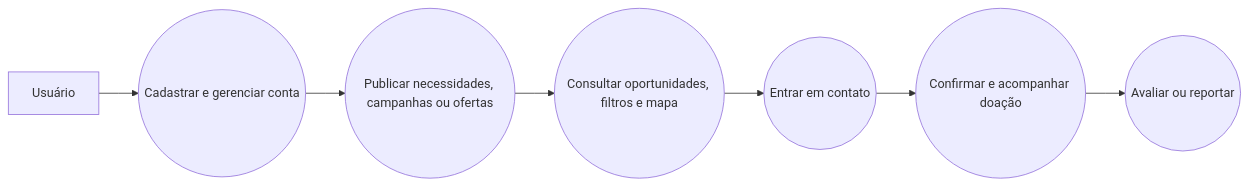
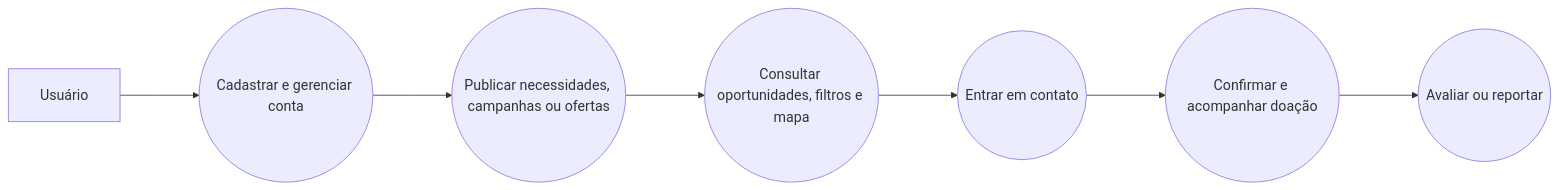
Before and after one commit to diergu/MovApplicationProject-Template: the third of 3 diagrams in docs/02-Especificação do Projeto.md, drawn with Mermaid.

Commit message:
docs: amplia o diagrama de casos de uso
Aumenta a escala para melhorar a leitura.

````diff
--- a/docs/02-Especificação do Projeto.md
+++ b/docs/02-Especificação do Projeto.md
@@ -149,10 +149,10 @@
 ```mermaid
-%%{init: {"flowchart": {"curve": "linear"}} }%%
+%%{init: {"flowchart": {"curve": "linear", "nodeSpacing": 80, "rankSpacing": 100, "padding": 20}, "themeVariables": {"fontSize": "18px"}} }%%
 flowchart LR
     usuario[Usuário] --> conta((Cadastrar e gerenciar conta))
     conta --> publicacoes((Publicar necessidades, campanhas ou ofertas))
     publicacoes --> consulta((Consultar oportunidades, filtros e mapa))
     consulta --> comunicacao((Entrar em contato))
     comunicacao --> doacao((Confirmar e acompanhar doação))
     doacao --> seguranca((Avaliar ou reportar))
 ```
````
